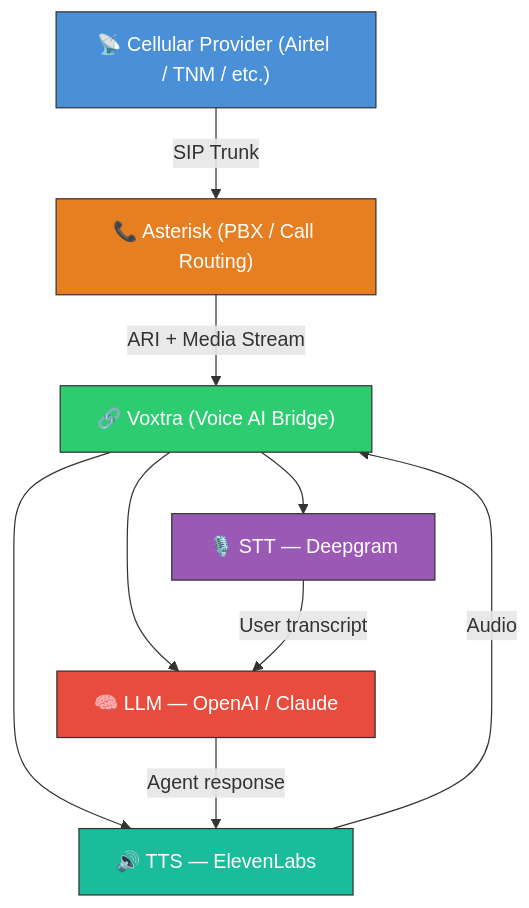
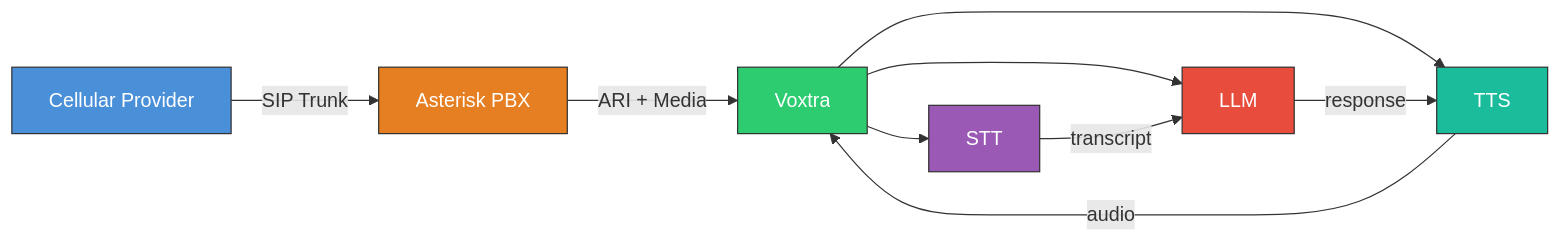
Before and after one commit to rexplore-ai/voxtra: the diagram in README.md, drawn with Mermaid.

Commit message:
style: clean up mermaid diagram in README
- Remove emojis from node labels
- Remove bold text
- Switch to left-right layout for cleaner flow
- Simplify node labels

````diff
--- a/README.md
+++ b/README.md
@@ -13,19 +13,19 @@
 ```mermaid
-graph TD
-    A["📡 Cellular Provider (Airtel / TNM / etc.)"] -->|SIP Trunk| B["📞 Asterisk (PBX / Call Routing)"]
-    B -->|ARI + Media Stream| C["🔗 Voxtra (Voice AI Bridge)"]
-    C --> D["🎙️ STT — Deepgram"]
-    C --> E["🧠 LLM — OpenAI / Claude"]
-    C --> F["🔊 TTS — ElevenLabs"]
+graph LR
+    A[Cellular Provider] -->|SIP Trunk| B[Asterisk PBX]
+    B -->|ARI + Media| C[Voxtra]
+    C --> D[STT]
+    C --> E[LLM]
+    C --> F[TTS]
 
-    D -->|User transcript| E
-    E -->|Agent response| F
-    F -->|Audio| C
+    D -->|transcript| E
+    E -->|response| F
+    F -->|audio| C
 
     style A fill:#4a90d9,stroke:#333,color:#fff
     style B fill:#e67e22,stroke:#333,color:#fff
     style C fill:#2ecc71,stroke:#333,color:#fff
     style D fill:#9b59b6,stroke:#333,color:#fff
     style E fill:#e74c3c,stroke:#333,color:#fff
     style F fill:#1abc9c,stroke:#333,color:#fff
 ```
````
